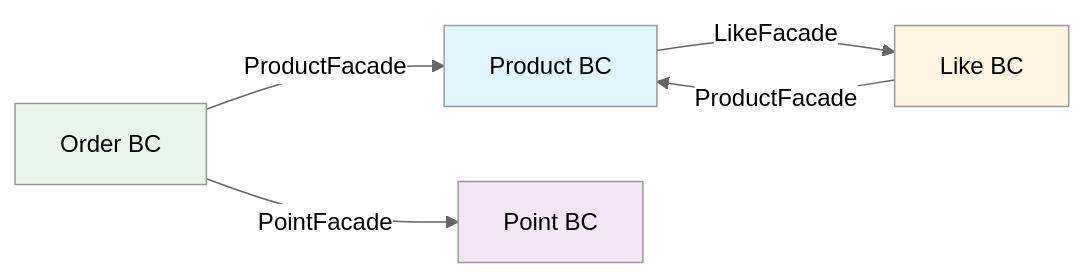
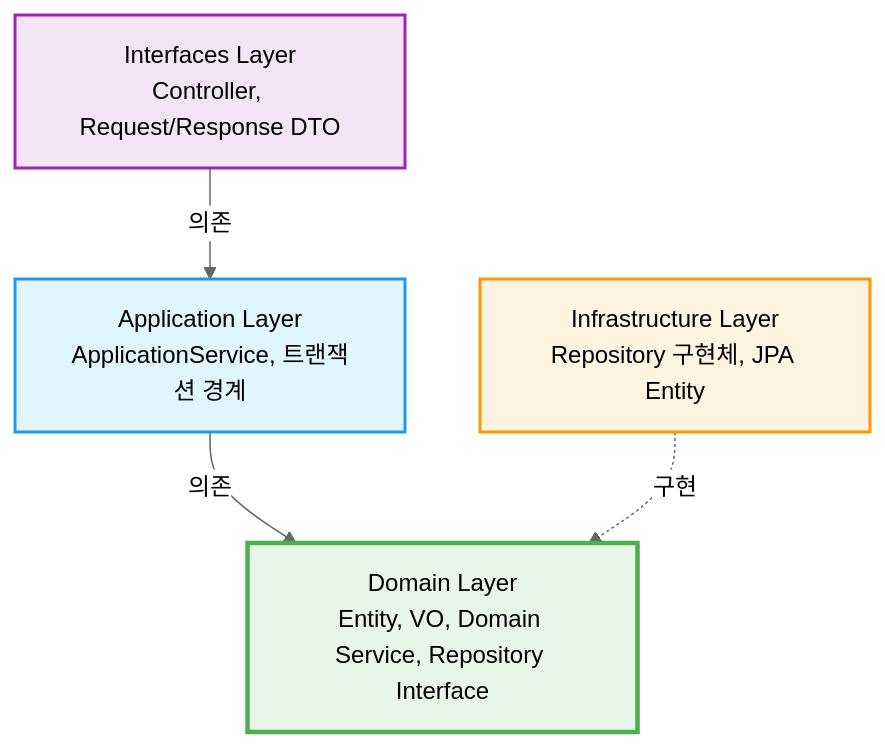
Before and after one commit to ghojeong/loopers-spring-kotlin-template: the third of 3 diagrams in .docs/round2/3-class-diagram.md, drawn with Mermaid (neutral theme). The commit also changed other lines of this file and 3 other files, not shown here.

````diff
--- a/.docs/round2/3-class-diagram.md
+++ b/.docs/round2/3-class-diagram.md
@@ -569,17 +778,16 @@
 ```mermaid
-graph LR
-    ProductBC[Product BC]
-    LikeBC[Like BC]
-    OrderBC[Order BC]
-    PointBC[Point BC]
+graph TD
+    Interfaces[Interfaces Layer<br/>Controller, Request/Response DTO]
+    Application[Application Layer<br/>ApplicationService, 트랜잭션 경계]
+    Domain[Domain Layer<br/>Entity, VO, Domain Service, Repository Interface]
+    Infrastructure[Infrastructure Layer<br/>Repository 구현체, JPA Entity]
 
-    ProductBC -->|LikeFacade| LikeBC
-    LikeBC -->|ProductFacade| ProductBC
-    OrderBC -->|ProductFacade| ProductBC
-    OrderBC -->|PointFacade| PointBC
+    Interfaces -->|의존| Application
+    Application -->|의존| Domain
+    Infrastructure -.->|구현| Domain
 
-    style ProductBC fill:#e1f5ff
-    style LikeBC fill:#fff4e1
-    style OrderBC fill:#e8f5e9
-    style PointBC fill:#f3e5f5
+    style Domain fill:#e8f5e9,stroke:#4caf50,stroke-width:3px
+    style Infrastructure fill:#fff4e1,stroke:#ff9800,stroke-width:2px
+    style Application fill:#e1f5ff,stroke:#2196f3,stroke-width:2px
+    style Interfaces fill:#f3e5f5,stroke:#9c27b0,stroke-width:2px
 ```
````
